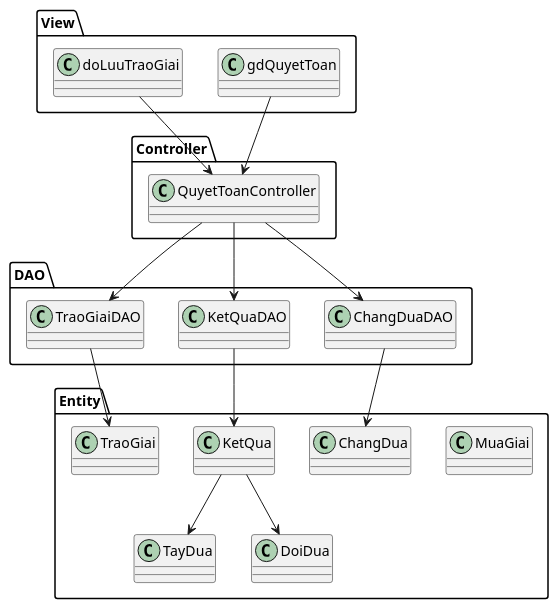
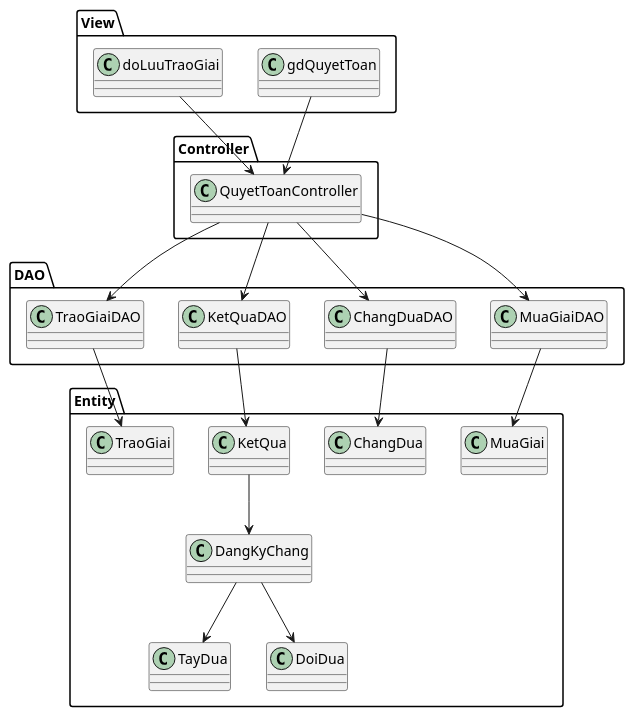
One commit to 7gho/CNPM-He2026 changed the fourth of 5 diagrams in Module 4 - Thanh/noi-dung.md. Above: the diagram before and after it, drawn with PlantUML. The commit also changed other lines of this file and 9 other files, not shown here.

Commit message:
System-wide consistency + completeness pass (audit-driven): add ThanhVien entity, mua giai/tham gia UCs, restore M1 auto-close, English DAO naming, fix M4 KetQua joins

````diff
--- a/Module 4 - Thanh/noi-dung.md
+++ b/Module 4 - Thanh/noi-dung.md
@@ -163,34 +165,39 @@
 ```plantuml
 @startuml
 package View {
   class gdQuyetToan
   class doLuuTraoGiai
 }
 package Controller {
   class QuyetToanController
 }
 package DAO {
+  class MuaGiaiDAO
   class ChangDuaDAO
   class KetQuaDAO
   class TraoGiaiDAO
 }
 package Entity {
   class MuaGiai
   class ChangDua
+  class DangKyChang
   class KetQua
   class TayDua
   class DoiDua
   class TraoGiai
 }
 gdQuyetToan --> QuyetToanController
 doLuuTraoGiai --> QuyetToanController
+QuyetToanController --> MuaGiaiDAO
 QuyetToanController --> ChangDuaDAO
 QuyetToanController --> KetQuaDAO
 QuyetToanController --> TraoGiaiDAO
+MuaGiaiDAO --> MuaGiai
 KetQuaDAO --> KetQua
 ChangDuaDAO --> ChangDua
 TraoGiaiDAO --> TraoGiai
-KetQua --> TayDua
-KetQua --> DoiDua
+KetQua --> DangKyChang
+DangKyChang --> TayDua
+DangKyChang --> DoiDua
 @enduml
 ```
````
